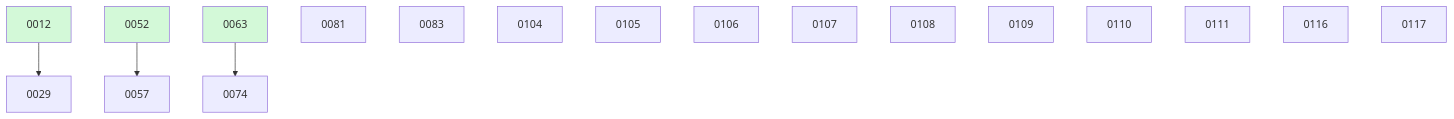
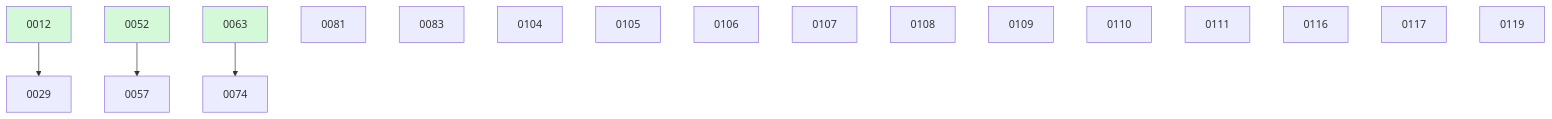
The diagram in docs/changes/BOARD.md (ethanhinson/fuse), drawn with Mermaid before and after one commit. The commit also changed other lines of this file and 1 other file, not shown here.

````diff
--- a/docs/changes/BOARD.md
+++ b/docs/changes/BOARD.md
@@ -40,22 +41,23 @@
 ```mermaid
 graph TD
   0012 --> 0029
   0052 --> 0057
   0063 --> 0074
   0081
   0083
   0104
   0105
   0106
   0107
   0108
   0109
   0110
   0111
   0116
   0117
+  0119
   0012:::done
   0052:::done
   0063:::done
   classDef done fill:#d3f9d8;
 ```
````
